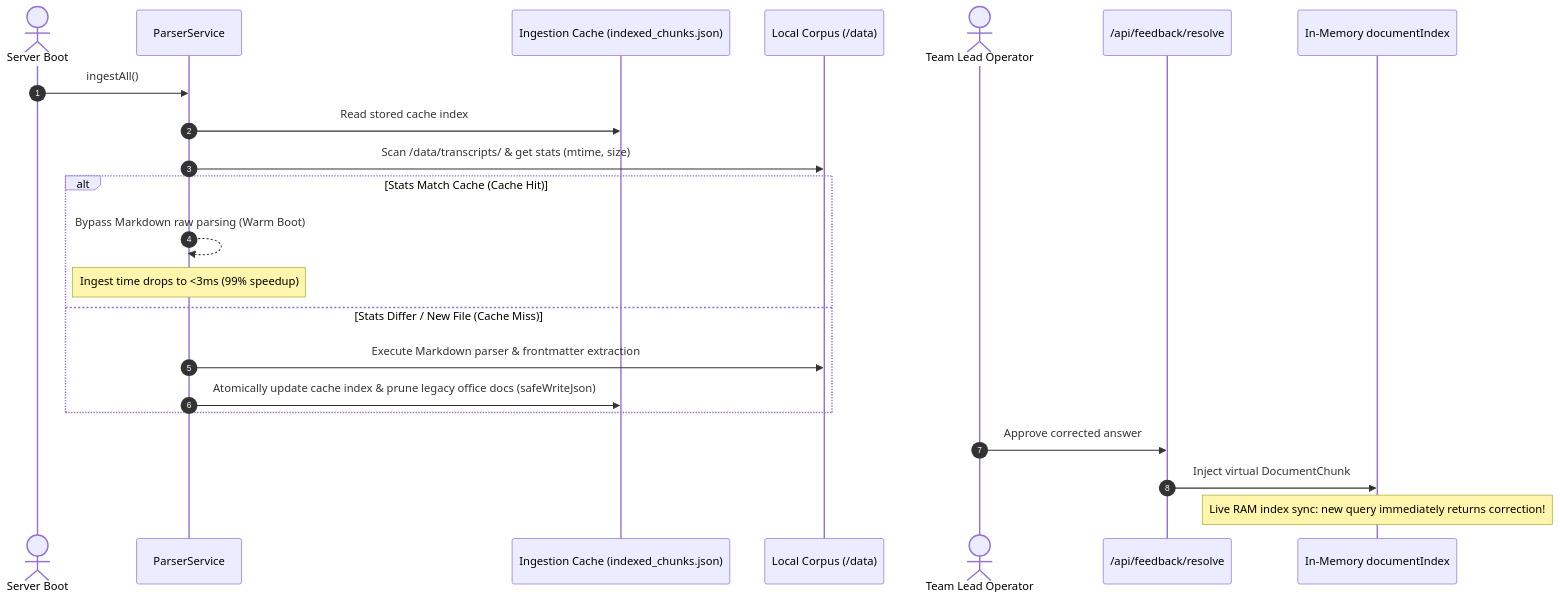
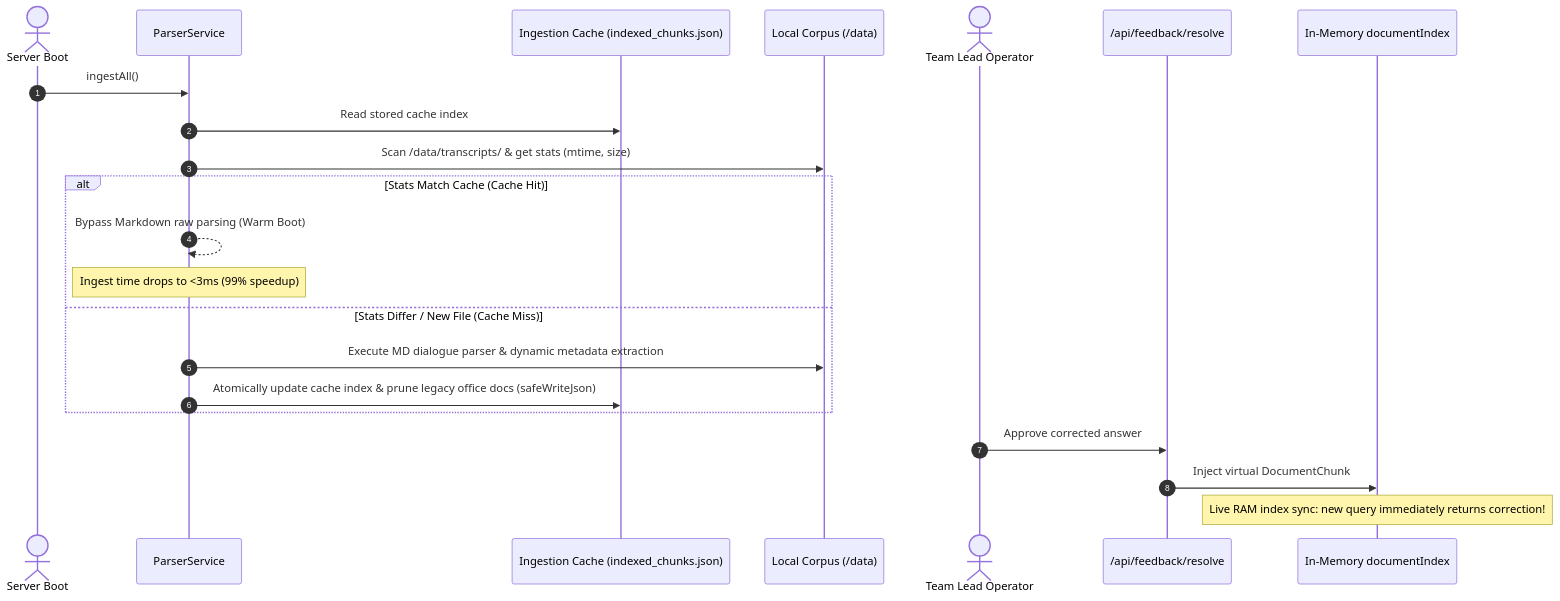
Before and after one commit to ksvarre/AetherGrid-Technologies: the third of 3 diagrams in docs/ARCHITECTURE.md, drawn with Mermaid. The commit also changed other lines of this file and 35 other files, not shown here.

````diff
--- a/docs/ARCHITECTURE.md
+++ b/docs/ARCHITECTURE.md
@@ -172,28 +172,28 @@
 ```mermaid
 sequenceDiagram
     autonumber
     actor Boot as Server Boot
     participant PS as ParserService
     participant Cache as Ingestion Cache (indexed_chunks.json)
     participant Disk as Local Corpus (/data)
 
     Boot->>PS: ingestAll()
     PS->>Cache: Read stored cache index
     PS->>Disk: Scan /data/transcripts/ & get stats (mtime, size)
     
     alt Stats Match Cache (Cache Hit)
         PS-->>PS: Bypass Markdown raw parsing (Warm Boot)
         Note over PS: Ingest time drops to <3ms (99% speedup)
     else Stats Differ / New File (Cache Miss)
-        PS->>Disk: Execute Markdown parser & frontmatter extraction
+        PS->>Disk: Execute MD dialogue parser & dynamic metadata extraction
         PS->>Cache: Atomically update cache index & prune legacy office docs (safeWriteJson)
     end
     
     actor Lead as Team Lead Operator
     participant API as /api/feedback/resolve
     participant RAM as In-Memory documentIndex
  
     Lead->>API: Approve corrected answer
     API->>RAM: Inject virtual DocumentChunk
     Note over RAM: Live RAM index sync: new query immediately returns correction!
 ```
````
